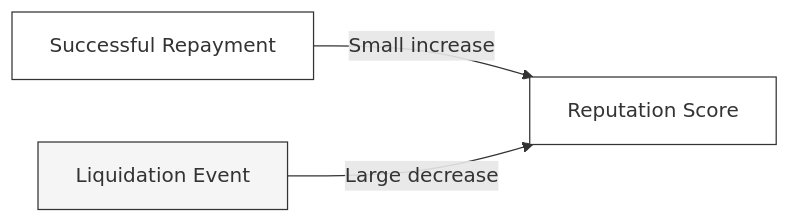
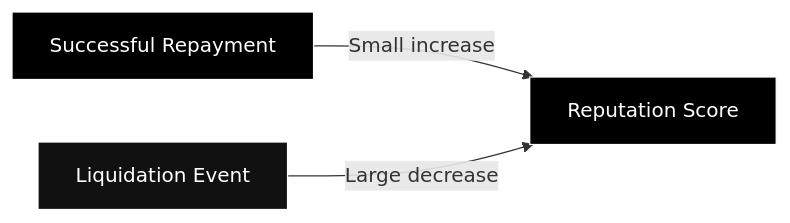
One commit to TRECC-eth/docs changed the first of 2 diagrams in borrowers/collateral-and-reputation.mdx. Above: the diagram before and after it, drawn with Mermaid. The commit also changed other lines of this file and 12 other files, not shown here.

Commit message:
changed diagram colours

````diff
--- a/borrowers/collateral-and-reputation.mdx
+++ b/borrowers/collateral-and-reputation.mdx
@@ -49,9 +49,9 @@
 ```mermaid
 graph LR
     REPAY[Successful Repayment] -->|Small increase| SCORE[Reputation Score]
     LIQUIDATION[Liquidation Event] -->|Large decrease| SCORE
 
-    style REPAY fill:#ffffff,stroke:#333333
-    style LIQUIDATION fill:#f5f5f5,stroke:#333333
-    style SCORE fill:#ffffff,stroke:#333333
+    style REPAY fill:#000000,stroke:#ffffff,color:#ffffff
+    style LIQUIDATION fill:#111111,stroke:#ffffff,color:#ffffff
+    style SCORE fill:#000000,stroke:#ffffff,color:#ffffff
 ```
````
